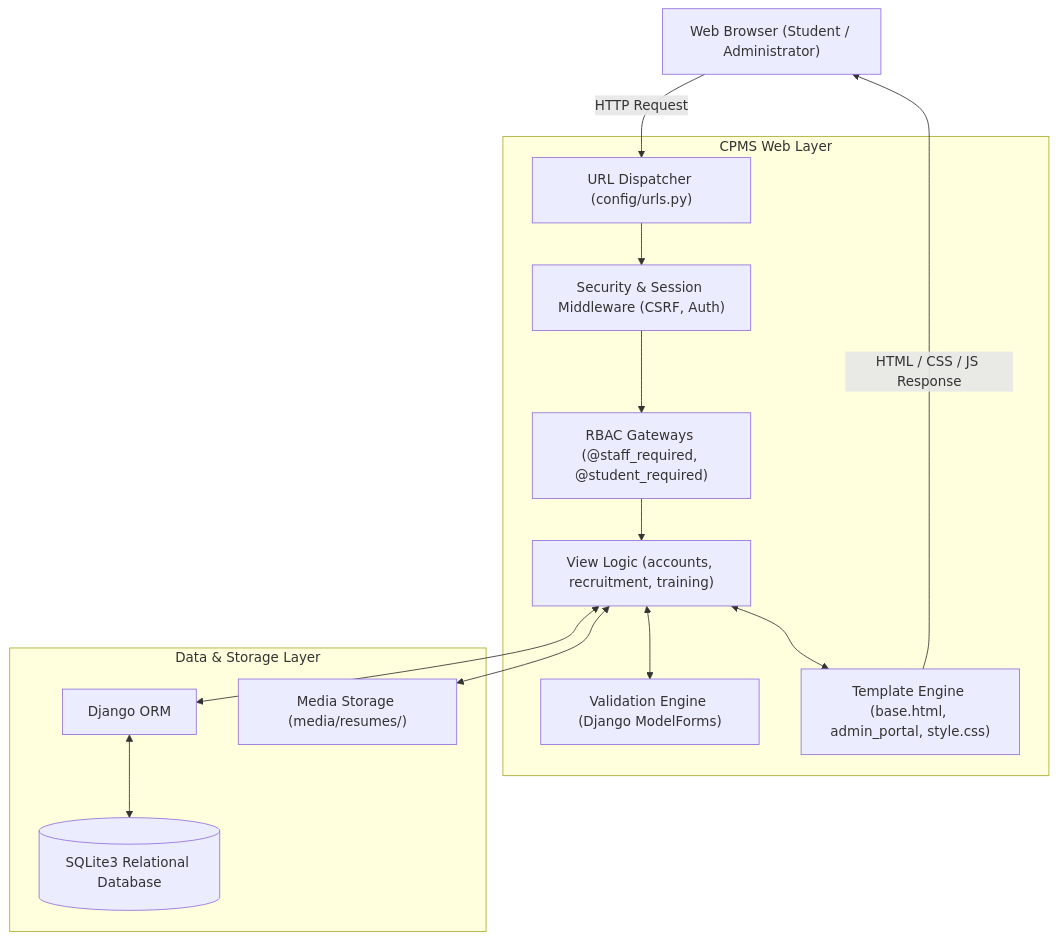
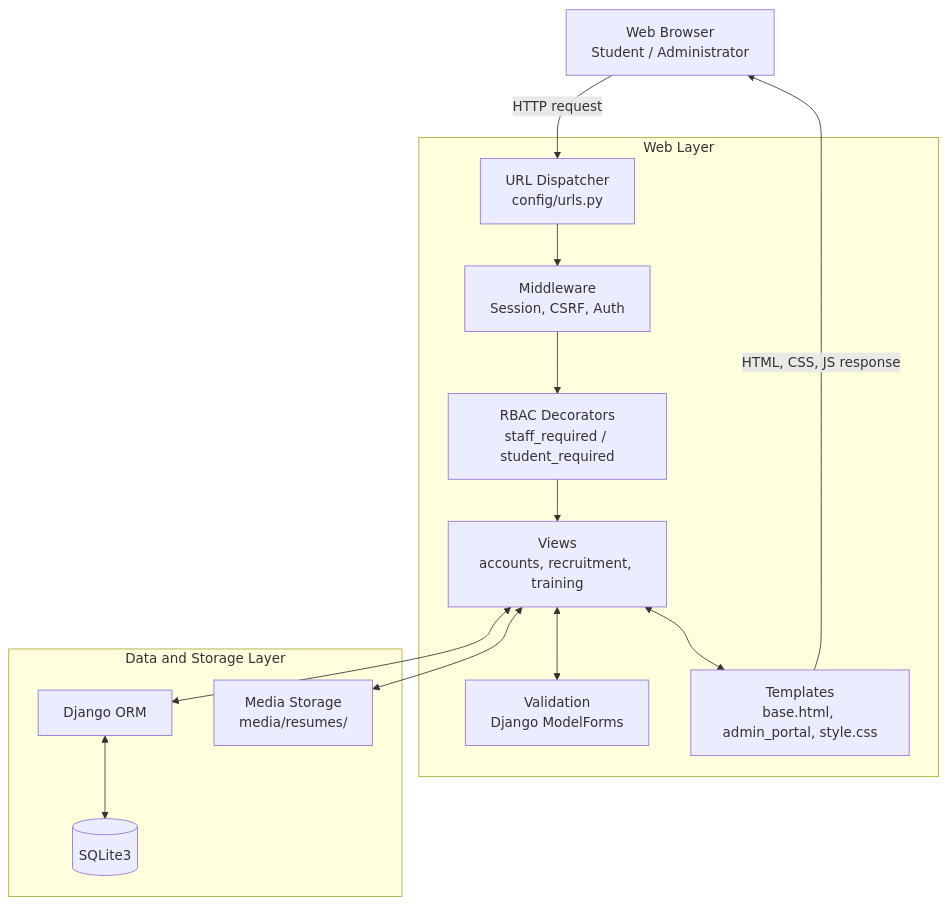
One commit to Samcode-16/Campus-Placement-Management-System changed the first of 3 diagrams in README.md. Above: the diagram before and after it, drawn with Mermaid. The commit also changed other lines of this file and 5 other files, not shown here.

````diff
--- a/README.md
+++ b/README.md
@@ -136,30 +190,30 @@
 ```mermaid
-graph TD
-    Client["Web Browser (Student / Administrator)"]
-    
-    subgraph CPMS Web Layer
-        URLs["URL Dispatcher (config/urls.py)"]
-        Middleware["Security & Session Middleware (CSRF, Auth)"]
-        Decorators["RBAC Gateways (@staff_required, @student_required)"]
-        Views["View Logic (accounts, recruitment, training)"]
-        Forms["Validation Engine (Django ModelForms)"]
-        Templates["Template Engine (base.html, admin_portal, style.css)"]
-    end
-    
-    subgraph Data & Storage Layer
-        ORM["Django ORM"]
-        DB[("SQLite3 Relational Database")]
-        Media["Media Storage (media/resumes/)"]
+flowchart TD
+    Client["Web Browser<br/>Student / Administrator"]
+
+    subgraph web ["Web Layer"]
+        URLs["URL Dispatcher<br/>config/urls.py"]
+        MW["Middleware<br/>Session, CSRF, Auth"]
+        RBAC["RBAC Decorators<br/>staff_required / student_required"]
+        Views["Views<br/>accounts, recruitment, training"]
+        Forms["Validation<br/>Django ModelForms"]
+        Templates["Templates<br/>base.html, admin_portal, style.css"]
     end
 
-    Client -->|HTTP Request| URLs
-    URLs --> Middleware
-    Middleware --> Decorators
-    Decorators --> Views
+    subgraph data ["Data and Storage Layer"]
+        ORM["Django ORM"]
+        DB[("SQLite3")]
+        Media["Media Storage<br/>media/resumes/"]
+    end
+
+    Client -->|HTTP request| URLs
+    URLs --> MW
+    MW --> RBAC
+    RBAC --> Views
     Views <--> Forms
     Views <--> Templates
     Views <--> ORM
     ORM <--> DB
     Views <--> Media
-    Templates -->|HTML / CSS / JS Response| Client
+    Templates -->|HTML, CSS, JS response| Client
 ```
````
